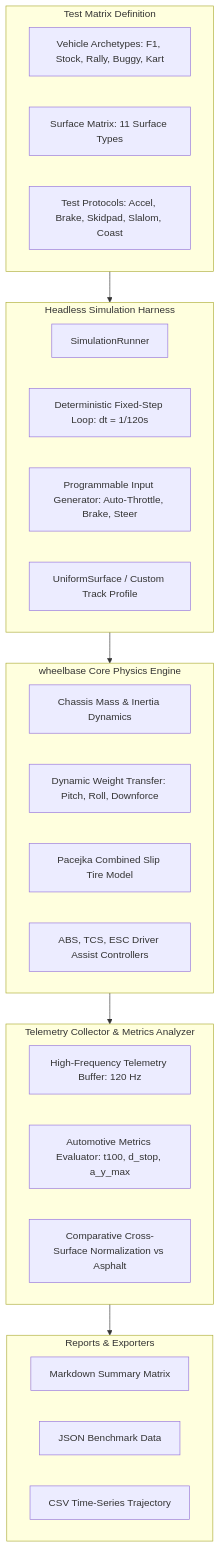
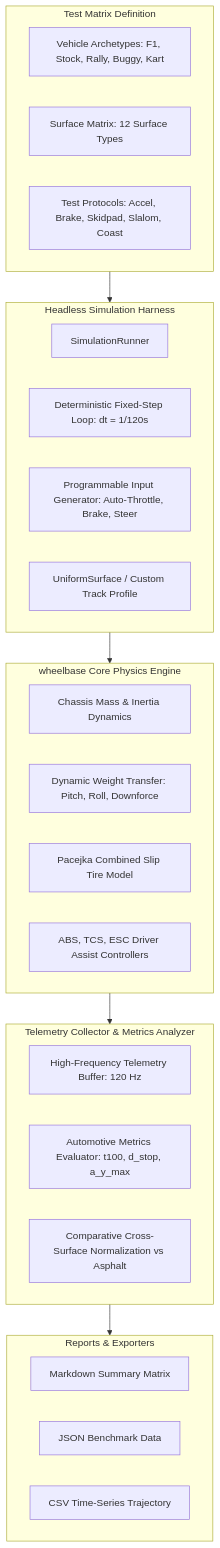
One commit to magomar/tdrace changed the second of 2 diagrams in specs/010_surface_car_interaction_simulation.md. Above: the diagram before and after it, drawn with Mermaid. The commit also changed other lines of this file and 16 other files, not shown here.

````diff
--- a/specs/010_surface_car_interaction_simulation.md
+++ b/specs/010_surface_car_interaction_simulation.md
@@ -39,39 +39,39 @@
 ```mermaid
 flowchart TD
     subgraph Config ["Test Matrix Definition"]
         A[Vehicle Archetypes: F1, Stock, Rally, Buggy, Kart]
-        B[Surface Matrix: 11 Surface Types]
+        B[Surface Matrix: 12 Surface Types]
         C[Test Protocols: Accel, Brake, Skidpad, Slalom, Coast]
     end
 
     subgraph Harness ["Headless Simulation Harness"]
         D[SimulationRunner]
         E[Deterministic Fixed-Step Loop: dt = 1/120s]
         F[Programmable Input Generator: Auto-Throttle, Brake, Steer]
         G[UniformSurface / Custom Track Profile]
     end
 
     subgraph CorePhysics ["wheelbase Core Physics Engine"]
         H[Chassis Mass & Inertia Dynamics]
         I[Dynamic Weight Transfer: Pitch, Roll, Downforce]
         J[Pacejka Combined Slip Tire Model]
         K[ABS, TCS, ESC Driver Assist Controllers]
     end
 
     subgraph Telemetry ["Telemetry Collector & Metrics Analyzer"]
         L[High-Frequency Telemetry Buffer: 120 Hz]
         M[Automotive Metrics Evaluator: t100, d_stop, a_y_max]
         N[Comparative Cross-Surface Normalization vs Asphalt]
     end
 
     subgraph Output ["Reports & Exporters"]
         O[Markdown Summary Matrix]
         P[JSON Benchmark Data]
         Q[CSV Time-Series Trajectory]
     end
 
     Config --> Harness
     Harness --> CorePhysics
     CorePhysics --> Telemetry
     Telemetry --> Output
 ```
````
